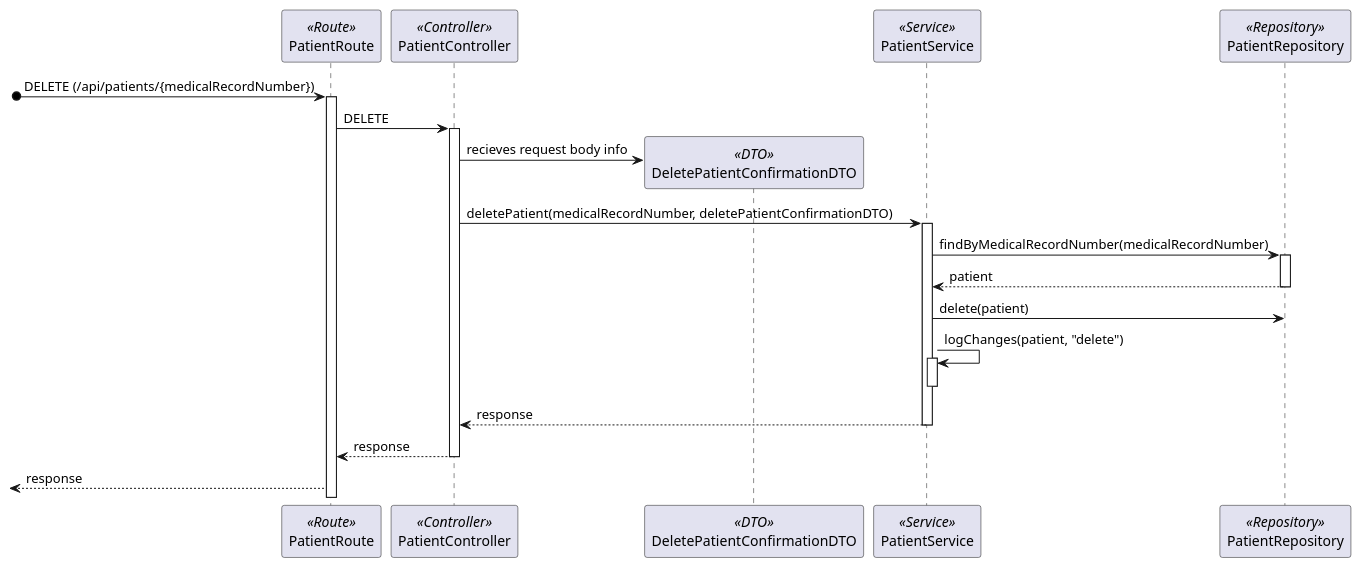
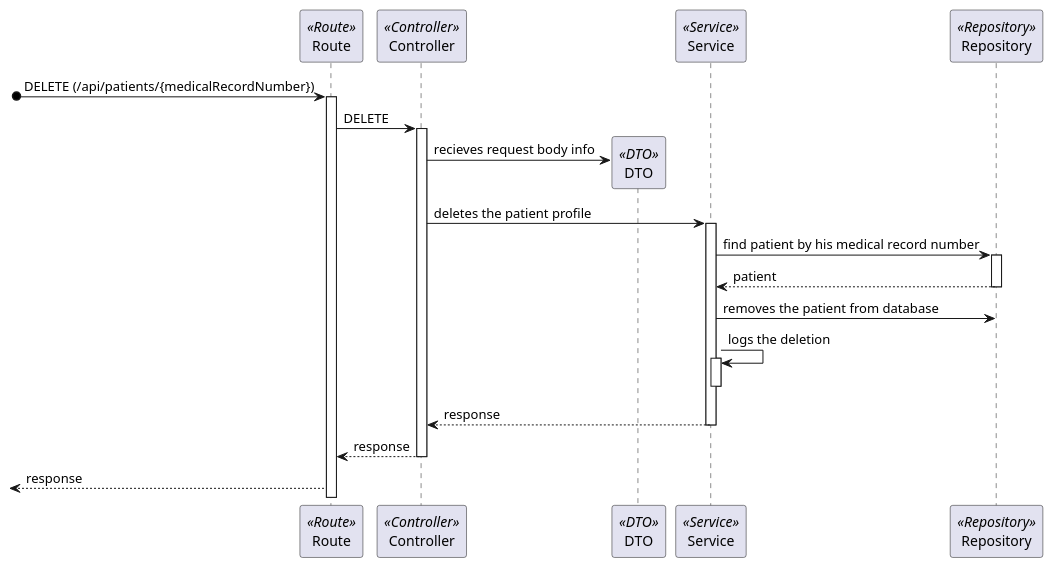
One commit to Rodrick0209/ISEP-SEM5PI-24-25 changed the diagram in docs/Sprint_1/US_5.1.10/L3/Process_View.puml. Above: the diagram before and after it, drawn with PlantUML. The commit also changed 19 other files, not shown here.

```diff
--- a/docs/Sprint_1/US_5.1.10/L3/Process_View.puml
+++ b/docs/Sprint_1/US_5.1.10/L3/Process_View.puml
@@ -2,26 +2,26 @@
 @startuml Process_View
-participant PatientRoute as Route <<Route>>
-participant PatientController as Controller <<Controller>>
-participant DeletePatientConfirmationDTO as DTO <<DTO>>
-participant PatientService as Service <<Service>>
-participant PatientRepository as Repository <<Repository>>
+participant Route as Route <<Route>>
+participant Controller as Controller <<Controller>>
+participant DTO as DTO <<DTO>>
+participant Service as Service <<Service>>
+participant Repository as Repository <<Repository>>
 [o-> Route: DELETE (/api/patients/{medicalRecordNumber})
 activate Route
 Route -> Controller : DELETE
 activate Controller
 Controller -> DTO** : recieves request body info
-Controller -> Service : deletePatient(medicalRecordNumber, deletePatientConfirmationDTO)
+Controller -> Service : deletes the patient profile
 activate Service
-Service -> Repository : findByMedicalRecordNumber(medicalRecordNumber)
+Service -> Repository : find patient by his medical record number
 activate Repository
 return patient
-Service -> Repository : delete(patient)
-Service -> Service : logChanges(patient, "delete")
+Service -> Repository : removes the patient from database
+Service -> Service : logs the deletion
 activate Service
 deactivate Service
 return response
 return response
 deactivate Controller
 <-- Route : response
 
 @enduml
```
